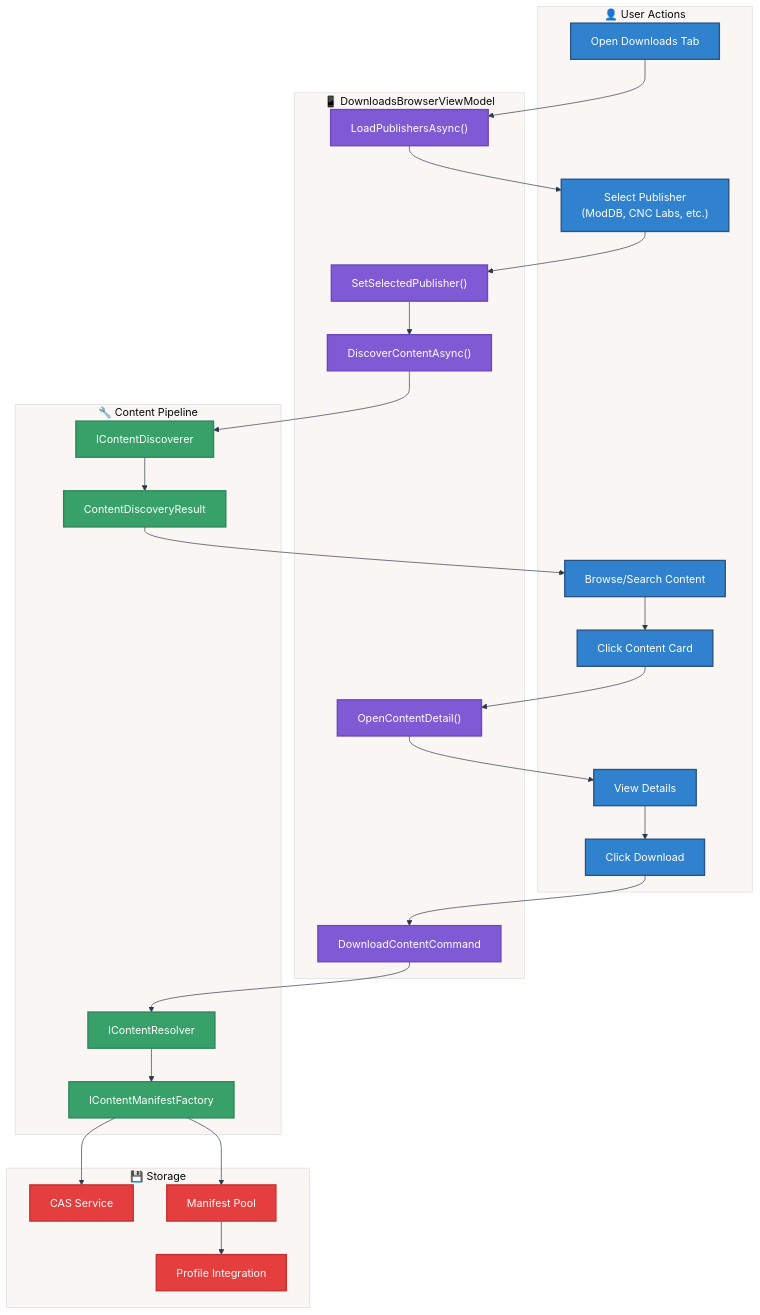
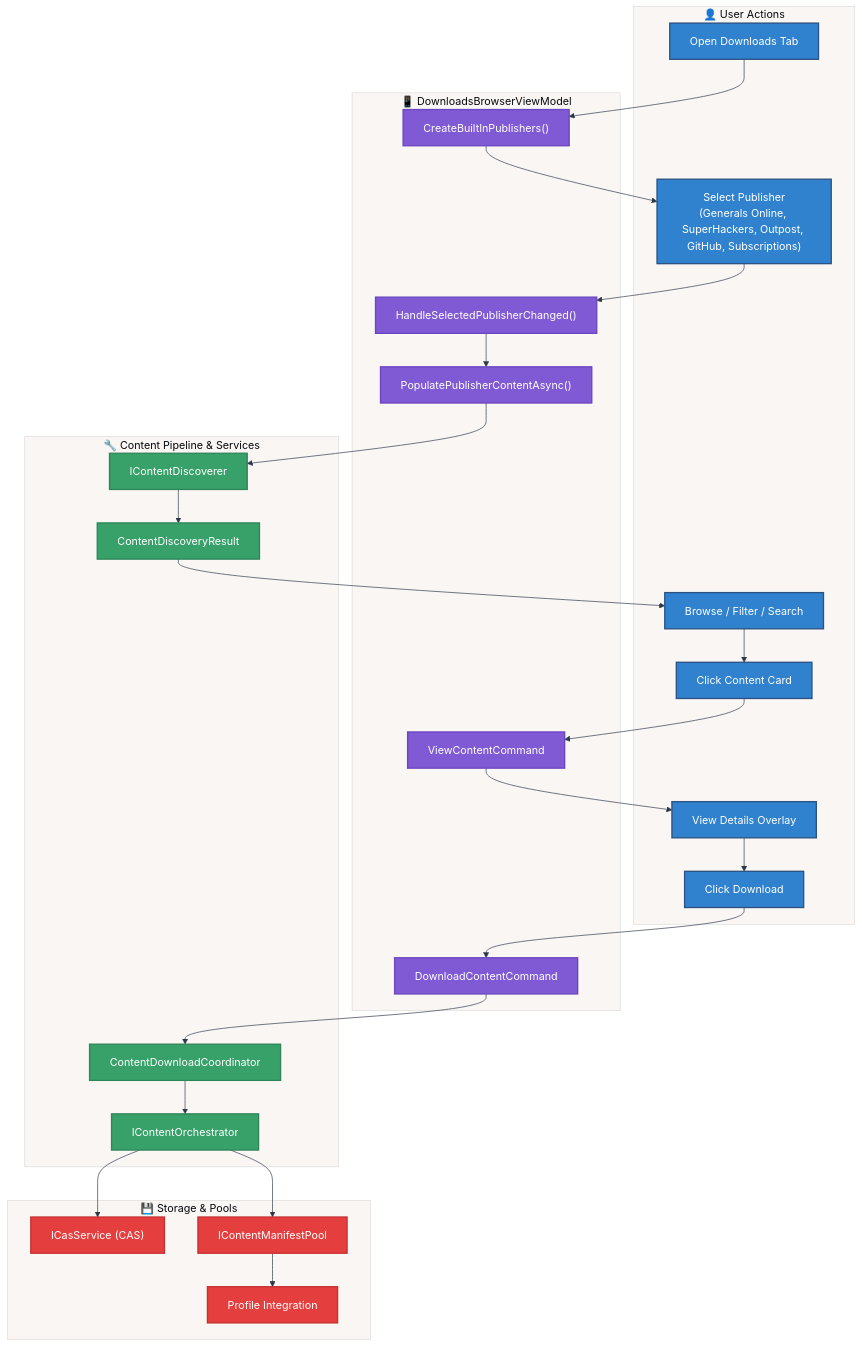
The first of 9 diagrams in docs/FlowCharts/Downloads-Flow.md (undead2146/GenHub), drawn with Mermaid before and after one commit. The commit also changed other lines of this file and 215 other files, not shown here.

Commit message:
feat(downloads): replace publisher cards with unified downloads browser view (#443)

````diff
--- a/docs/FlowCharts/Downloads-Flow.md
+++ b/docs/FlowCharts/Downloads-Flow.md
@@ -27,71 +31,71 @@
 ```mermaid
 %%{init: {
   'theme': 'base',
   'themeVariables': {
     'primaryColor': '#e2e8f0',
     'primaryTextColor': '#1a202c',
     'primaryBorderColor': '#4a5568',
     'lineColor': '#2d3748',
     'background': '#ffffff'
   }
 }}%%
 
 flowchart TD
     subgraph User["👤 User Actions"]
         A["Open Downloads Tab"]
-        B["Select Publisher<br/>(ModDB, CNC Labs, etc.)"]
-        C["Browse/Search Content"]
+        B["Select Publisher<br/>(Generals Online, SuperHackers, Outpost, GitHub, Subscriptions)"]
+        C["Browse / Filter / Search"]
         D["Click Content Card"]
-        E["View Details"]
+        E["View Details Overlay"]
         F["Click Download"]
     end
 
     subgraph ViewModel["📱 DownloadsBrowserViewModel"]
-        V1["LoadPublishersAsync()"]
-        V2["SetSelectedPublisher()"]
-        V3["DiscoverContentAsync()"]
-        V4["OpenContentDetail()"]
+        V1["CreateBuiltInPublishers()"]
+        V2["HandleSelectedPublisherChanged()"]
+        V3["PopulatePublisherContentAsync()"]
+        V4["ViewContentCommand"]
         V5["DownloadContentCommand"]
     end
 
-    subgraph Pipeline["🔧 Content Pipeline"]
+    subgraph Pipeline["🔧 Content Pipeline & Services"]
         P1["IContentDiscoverer"]
         P2["ContentDiscoveryResult"]
-        P3["IContentResolver"]
-        P4["IContentManifestFactory"]
+        P3["ContentDownloadCoordinator"]
+        P4["IContentOrchestrator"]
     end
 
-    subgraph Storage["💾 Storage"]
-        S1["CAS Service"]
-        S2["Manifest Pool"]
+    subgraph Storage["💾 Storage & Pools"]
+        S1["ICasService (CAS)"]
+        S2["IContentManifestPool"]
         S3["Profile Integration"]
     end
 
     A --> V1
     V1 --> B
     B --> V2
     V2 --> V3
     V3 --> P1
     P1 --> P2
     P2 --> C
     C --> D
     D --> V4
     V4 --> E
     E --> F
     F --> V5
     V5 --> P3
     P3 --> P4
     P4 --> S1
     P4 --> S2
     S2 --> S3
 
     classDef user fill:#3182ce,stroke:#2c5282,stroke-width:2px,color:#ffffff
     classDef viewmodel fill:#805ad5,stroke:#6b46c1,stroke-width:2px,color:#ffffff
     classDef pipeline fill:#38a169,stroke:#2f855a,stroke-width:2px,color:#ffffff
     classDef storage fill:#e53e3e,stroke:#c53030,stroke-width:2px,color:#ffffff
 
     class A,B,C,D,E,F user
     class V1,V2,V3,V4,V5 viewmodel
     class P1,P2,P3,P4 pipeline
     class S1,S2,S3 storage
 ```
````
